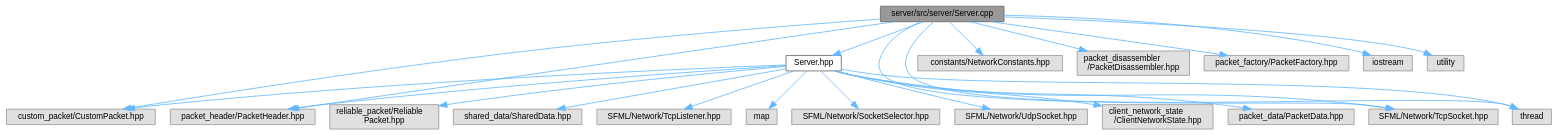
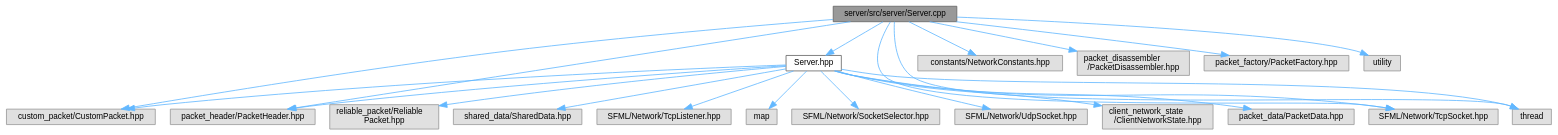
Before and after one commit to Houpsi/R-Type: the diagram in Server_8cpp__incl.dot, drawn with Graphviz. The commit also changed 210 other files, not shown here.

```diff
--- a/Server_8cpp__incl.dot
+++ b/Server_8cpp__incl.dot
@@ -1,48 +1,46 @@
 digraph "server/src/server/Server.cpp"
 {
  // LATEX_PDF_SIZE
   bgcolor="transparent";
   edge [fontname=Helvetica,fontsize=10,labelfontname=Helvetica,labelfontsize=10];
   node [fontname=Helvetica,fontsize=10,shape=box,height=0.2,width=0.4];
   Node1 [id="Node000001",label="server/src/server/Server.cpp",height=0.2,width=0.4,color="gray40", fillcolor="grey60", style="filled", fontcolor="black",tooltip=" "];
   Node1 -> Node2 [id="edge1_Node000001_Node000002",color="steelblue1",style="solid",tooltip=" "];
   Node2 [id="Node000002",label="Server.hpp",height=0.2,width=0.4,color="grey40", fillcolor="white", style="filled",URL="$Server_8hpp.html",tooltip=" "];
   Node2 -> Node3 [id="edge2_Node000002_Node000003",color="steelblue1",style="solid",tooltip=" "];
   Node3 [id="Node000003",label="SFML/Network/SocketSelector.hpp",height=0.2,width=0.4,color="grey60", fillcolor="#E0E0E0", style="filled",tooltip=" "];
   Node2 -> Node4 [id="edge3_Node000002_Node000004",color="steelblue1",style="solid",tooltip=" "];
   Node4 [id="Node000004",label="SFML/Network/UdpSocket.hpp",height=0.2,width=0.4,color="grey60", fillcolor="#E0E0E0", style="filled",tooltip=" "];
   Node2 -> Node5 [id="edge4_Node000002_Node000005",color="steelblue1",style="solid",tooltip=" "];
   Node5 [id="Node000005",label="client_network_state\l/ClientNetworkState.hpp",height=0.2,width=0.4,color="grey60", fillcolor="#E0E0E0", style="filled",tooltip=" "];
   Node2 -> Node6 [id="edge5_Node000002_Node000006",color="steelblue1",style="solid",tooltip=" "];
   Node6 [id="Node000006",label="custom_packet/CustomPacket.hpp",height=0.2,width=0.4,color="grey60", fillcolor="#E0E0E0", style="filled",tooltip=" "];
   Node2 -> Node7 [id="edge6_Node000002_Node000007",color="steelblue1",style="solid",tooltip=" "];
   Node7 [id="Node000007",label="packet_data/PacketData.hpp",height=0.2,width=0.4,color="grey60", fillcolor="#E0E0E0", style="filled",tooltip=" "];
   Node2 -> Node8 [id="edge7_Node000002_Node000008",color="steelblue1",style="solid",tooltip=" "];
   Node8 [id="Node000008",label="packet_header/PacketHeader.hpp",height=0.2,width=0.4,color="grey60", fillcolor="#E0E0E0", style="filled",tooltip=" "];
   Node2 -> Node9 [id="edge8_Node000002_Node000009",color="steelblue1",style="solid",tooltip=" "];
   Node9 [id="Node000009",label="reliable_packet/Reliable\lPacket.hpp",height=0.2,width=0.4,color="grey60", fillcolor="#E0E0E0", style="filled",tooltip=" "];
   Node2 -> Node10 [id="edge9_Node000002_Node000010",color="steelblue1",style="solid",tooltip=" "];
   Node10 [id="Node000010",label="shared_data/SharedData.hpp",height=0.2,width=0.4,color="grey60", fillcolor="#E0E0E0", style="filled",tooltip=" "];
   Node2 -> Node11 [id="edge10_Node000002_Node000011",color="steelblue1",style="solid",tooltip=" "];
   Node11 [id="Node000011",label="SFML/Network/TcpListener.hpp",height=0.2,width=0.4,color="grey60", fillcolor="#E0E0E0", style="filled",tooltip=" "];
   Node2 -> Node12 [id="edge11_Node000002_Node000012",color="steelblue1",style="solid",tooltip=" "];
   Node12 [id="Node000012",label="SFML/Network/TcpSocket.hpp",height=0.2,width=0.4,color="grey60", fillcolor="#E0E0E0", style="filled",tooltip=" "];
   Node2 -> Node13 [id="edge12_Node000002_Node000013",color="steelblue1",style="solid",tooltip=" "];
   Node13 [id="Node000013",label="map",height=0.2,width=0.4,color="grey60", fillcolor="#E0E0E0", style="filled",tooltip=" "];
   Node2 -> Node14 [id="edge13_Node000002_Node000014",color="steelblue1",style="solid",tooltip=" "];
   Node14 [id="Node000014",label="thread",height=0.2,width=0.4,color="grey60", fillcolor="#E0E0E0", style="filled",tooltip=" "];
   Node1 -> Node12 [id="edge14_Node000001_Node000012",color="steelblue1",style="solid",tooltip=" "];
   Node1 -> Node15 [id="edge15_Node000001_Node000015",color="steelblue1",style="solid",tooltip=" "];
   Node15 [id="Node000015",label="constants/NetworkConstants.hpp",height=0.2,width=0.4,color="grey60", fillcolor="#E0E0E0", style="filled",tooltip=" "];
   Node1 -> Node6 [id="edge16_Node000001_Node000006",color="steelblue1",style="solid",tooltip=" "];
   Node1 -> Node16 [id="edge17_Node000001_Node000016",color="steelblue1",style="solid",tooltip=" "];
   Node16 [id="Node000016",label="packet_disassembler\l/PacketDisassembler.hpp",height=0.2,width=0.4,color="grey60", fillcolor="#E0E0E0", style="filled",tooltip=" "];
   Node1 -> Node17 [id="edge18_Node000001_Node000017",color="steelblue1",style="solid",tooltip=" "];
   Node17 [id="Node000017",label="packet_factory/PacketFactory.hpp",height=0.2,width=0.4,color="grey60", fillcolor="#E0E0E0", style="filled",tooltip=" "];
   Node1 -> Node8 [id="edge19_Node000001_Node000008",color="steelblue1",style="solid",tooltip=" "];
-  Node1 -> Node18 [id="edge20_Node000001_Node000018",color="steelblue1",style="solid",tooltip=" "];
-  Node18 [id="Node000018",label="iostream",height=0.2,width=0.4,color="grey60", fillcolor="#E0E0E0", style="filled",tooltip=" "];
-  Node1 -> Node14 [id="edge21_Node000001_Node000014",color="steelblue1",style="solid",tooltip=" "];
-  Node1 -> Node19 [id="edge22_Node000001_Node000019",color="steelblue1",style="solid",tooltip=" "];
-  Node19 [id="Node000019",label="utility",height=0.2,width=0.4,color="grey60", fillcolor="#E0E0E0", style="filled",tooltip=" "];
+  Node1 -> Node14 [id="edge20_Node000001_Node000014",color="steelblue1",style="solid",tooltip=" "];
+  Node1 -> Node18 [id="edge21_Node000001_Node000018",color="steelblue1",style="solid",tooltip=" "];
+  Node18 [id="Node000018",label="utility",height=0.2,width=0.4,color="grey60", fillcolor="#E0E0E0", style="filled",tooltip=" "];
 }
```
